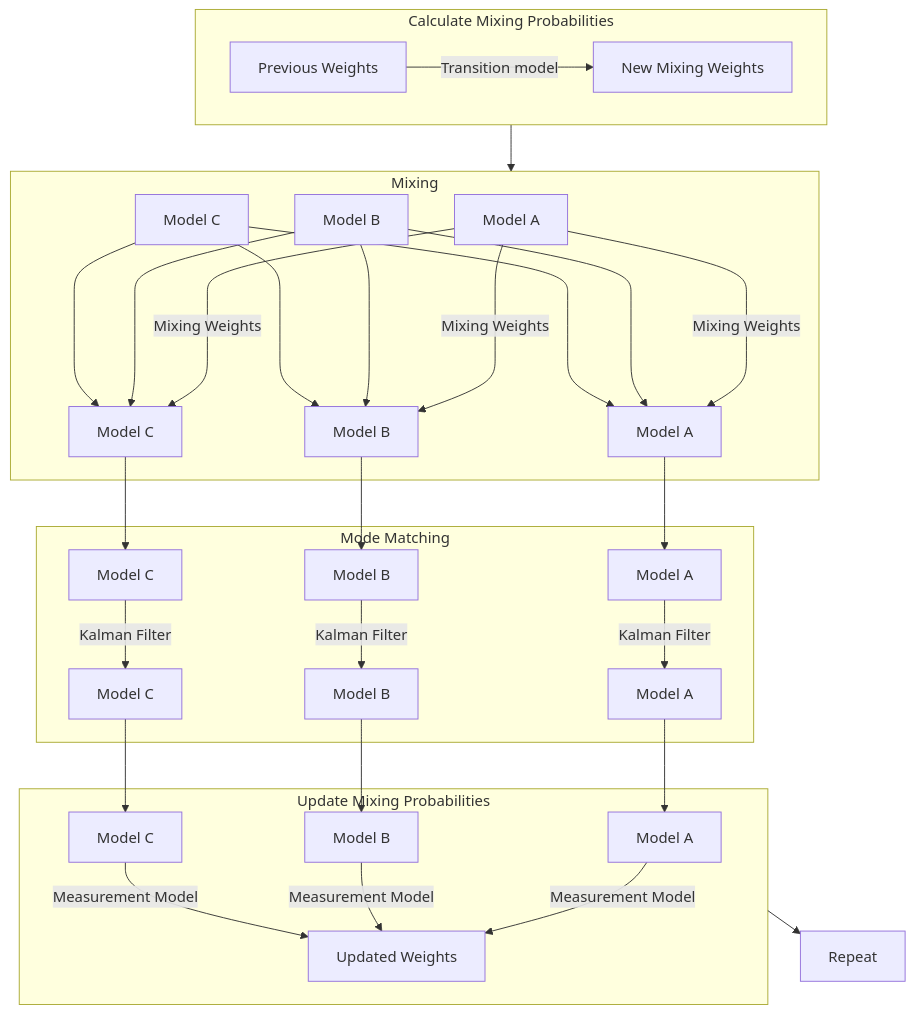
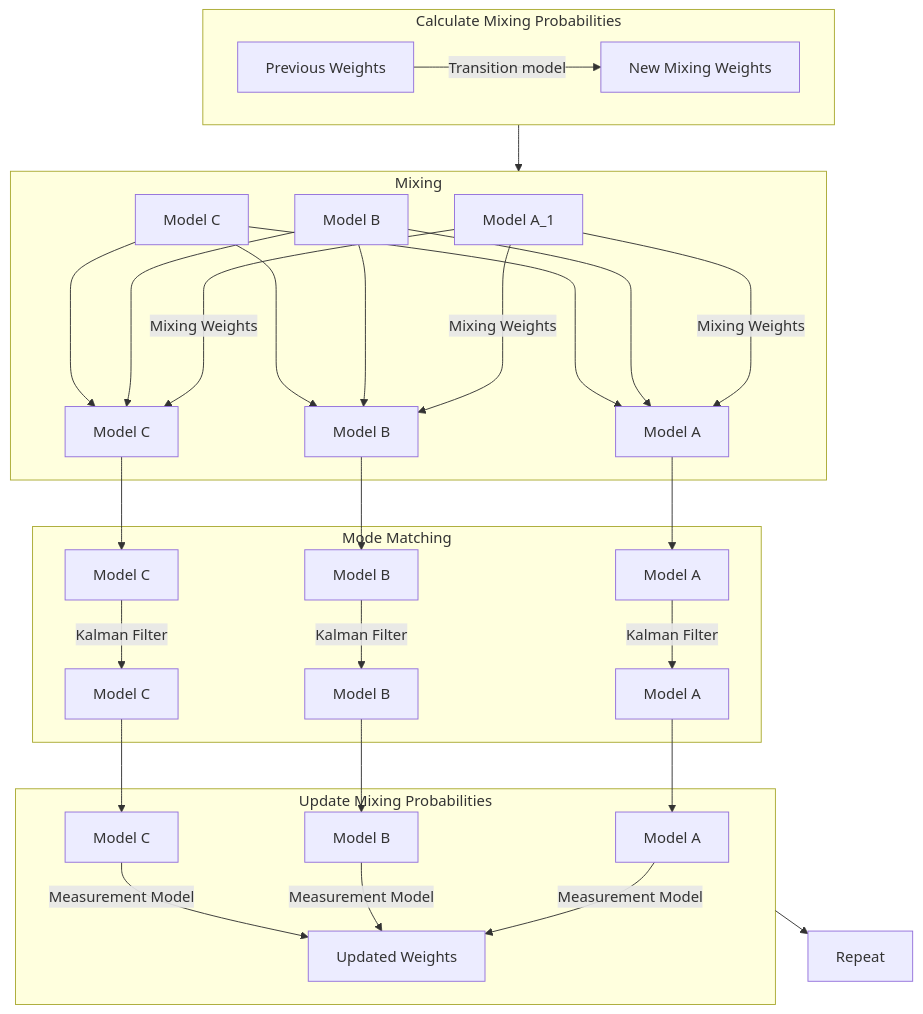
Before and after one commit to vortexntnu/vortex-vkf: the diagram in vortex-filtering/include/vortex_filtering/filters/README.md, drawn with Mermaid. The commit also changed other lines of this file and 3 other files, not shown here.

````diff
--- a/vortex-filtering/include/vortex_filtering/filters/README.md
+++ b/vortex-filtering/include/vortex_filtering/filters/README.md
@@ -88,38 +87,38 @@
 ```mermaid
 flowchart TD
 
 subgraph mixing_probabilities[Calculate Mixing Probabilities]
     prev_weights[Previous Weights]--Transition model-->new_weights[New Mixing Weights]
 end
 mixing_probabilities --> Mixing
 subgraph Mixing
-    A_1[Model A]
+    A_1["`Model A_1`"]
     B_1[Model B]
     C_1[Model C]
     A_2[Model A]
     B_2[Model B]
     C_2[Model C]
     A_1 --Mixing Weights----> A_2 & B_2 & C_2
     B_1 ----> A_2 & B_2 & C_2
     C_1 ----> A_2 & B_2 & C_2
 end
 
 A_2 --> A_3[Model A]
 B_2 --> B_3[Model B]
 C_2 --> C_3[Model C]
 
 subgraph mode_matching[Mode Matching]
     A_3 --Kalman Filter--> A_4[Model A]
     B_3 --Kalman Filter--> B_4[Model B]
     C_3 --Kalman Filter--> C_4[Model C]
 end
 
 A_4 --> A_5[Model A]
 B_4 --> B_5[Model B]
 C_4 --> C_5[Model C]
 
 subgraph update_mixing_probs[Update Mixing Probabilities]
     A_5 & B_5 & C_5--Measurement Model--> updated_weights[Updated Weights]
 end
 update_mixing_probs --> Repeat
 ```
````
